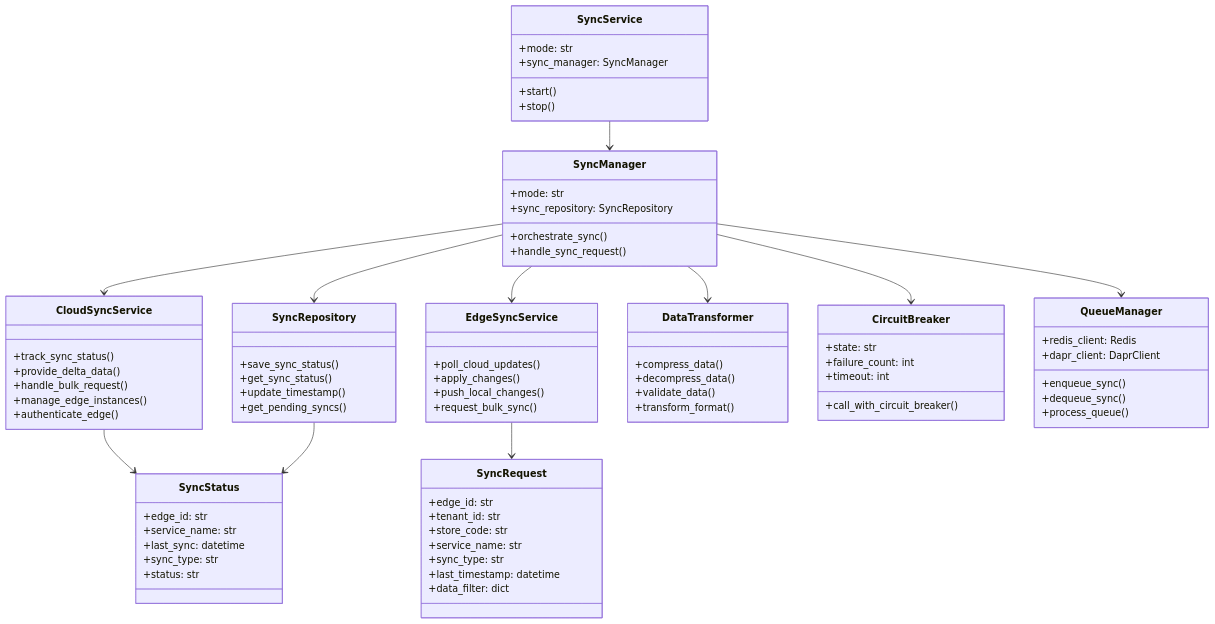
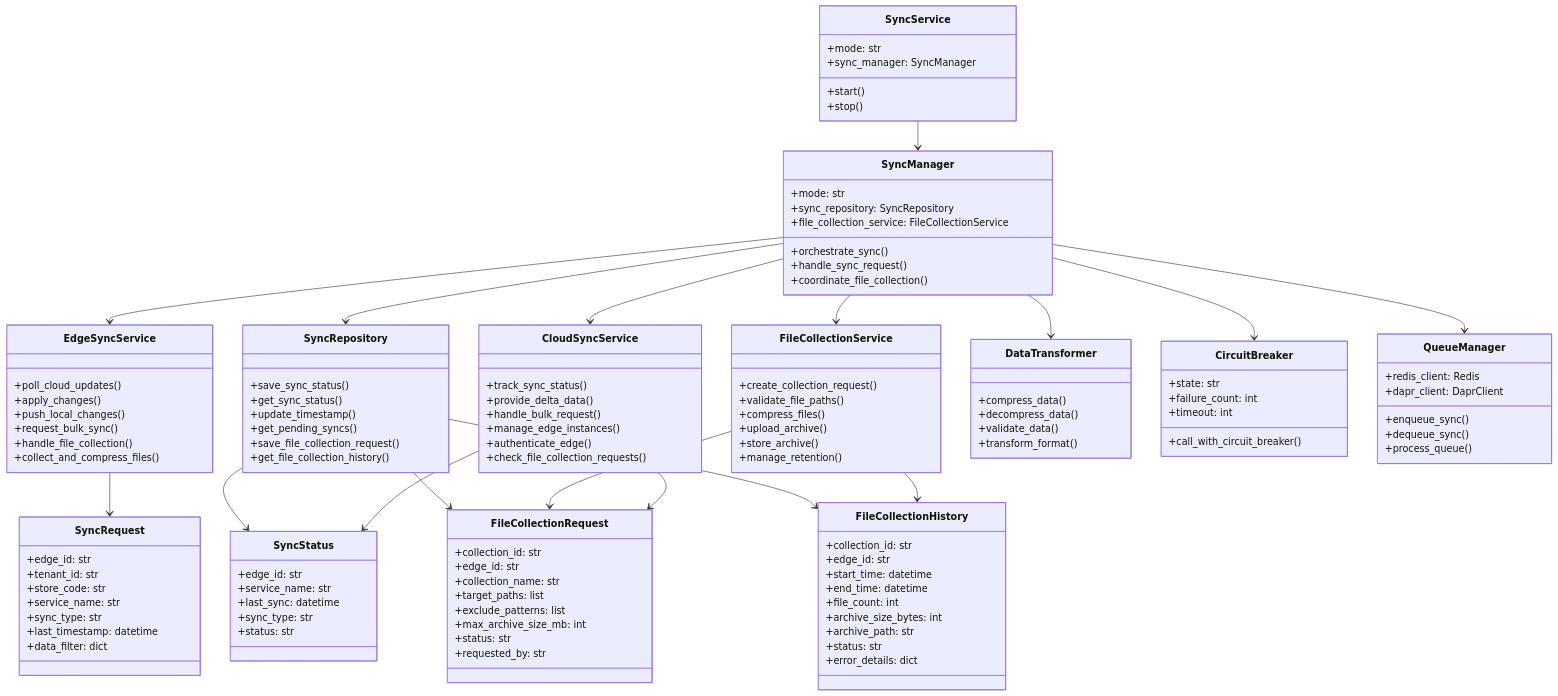
Before and after one commit to gaocuiping/kugelpos-stpos-docs-new: the diagram in notes/1-sync/architecture/4-sync-components.md, drawn with Mermaid. The commit also changed other lines of this file and 11 other files, not shown here.

First line of the commit message:
Update sync service architecture and design documents

````diff
--- a/notes/1-sync/architecture/4-sync-components.md
+++ b/notes/1-sync/architecture/4-sync-components.md
@@ -86,8 +121,10 @@
     class SyncManager {
         +mode: str
         +sync_repository: SyncRepository
+        +file_collection_service: FileCollectionService
         +orchestrate_sync()
         +handle_sync_request()
+        +coordinate_file_collection()
     }
     
     class CloudSyncService {
@@ -96,6 +133,7 @@
         +handle_bulk_request()
         +manage_edge_instances()
         +authenticate_edge()
+        +check_file_collection_requests()
     }
     
     class EdgeSyncService {
@@ -103,6 +141,17 @@
         +apply_changes()
         +push_local_changes()
         +request_bulk_sync()
+        +handle_file_collection()
+        +collect_and_compress_files()
+    }
+    
+    class FileCollectionService {
+        +create_collection_request()
+        +validate_file_paths()
+        +compress_files()
+        +upload_archive()
+        +store_archive()
+        +manage_retention()
     }
     
     class SyncRepository {
@@ -110,6 +159,8 @@
         +get_sync_status()
         +update_timestamp()
         +get_pending_syncs()
+        +save_file_collection_request()
+        +get_file_collection_history()
     }
     
     class SyncStatus {
@@ -128,6 +179,29 @@
         +sync_type: str
         +last_timestamp: datetime
         +data_filter: dict
+    }
+    
+    class FileCollectionRequest {
+        +collection_id: str
+        +edge_id: str
+        +collection_name: str
+        +target_paths: list
+        +exclude_patterns: list
+        +max_archive_size_mb: int
+        +status: str
+        +requested_by: str
+    }
+    
+    class FileCollectionHistory {
+        +collection_id: str
+        +edge_id: str
+        +start_time: datetime
+        +end_time: datetime
+        +file_count: int
+        +archive_size_bytes: int
+        +archive_path: str
+        +status: str
+        +error_details: dict
     }
     
     class DataTransformer {
@@ -155,12 +229,18 @@
     SyncService --> SyncManager
     SyncManager --> CloudSyncService
     SyncManager --> EdgeSyncService
+    SyncManager --> FileCollectionService
     SyncManager --> SyncRepository
     CloudSyncService --> SyncStatus
+    CloudSyncService --> FileCollectionRequest
     EdgeSyncService --> SyncRequest
+    FileCollectionService --> FileCollectionRequest
+    FileCollectionService --> FileCollectionHistory
     SyncManager --> DataTransformer
     SyncManager --> CircuitBreaker
     SyncManager --> QueueManager
     
     SyncRepository --> SyncStatus
+    SyncRepository --> FileCollectionRequest
+    SyncRepository --> FileCollectionHistory
 ```
````
